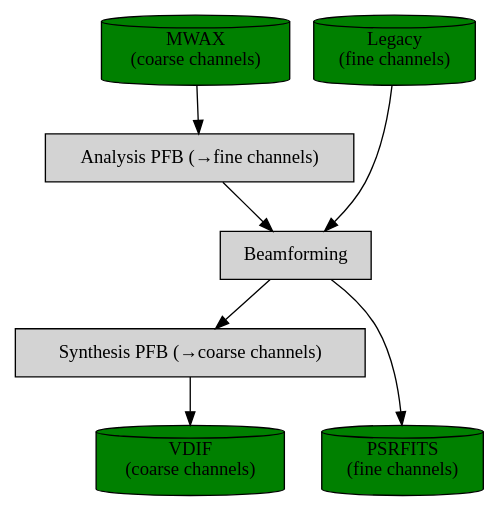
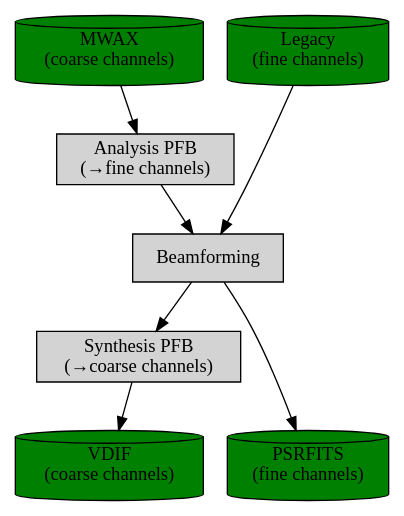
The diagram in doc/images/channelisation.dot (CIRA-Pulsars-and-Transients-Group/vcsbeam), drawn with Graphviz before and after one commit. The commit also changed 6 other files, not shown here.

```diff
--- a/doc/images/channelisation.dot
+++ b/doc/images/channelisation.dot
@@ -1,21 +1,21 @@
 digraph overview {
     node [ shape=cylinder, style="filled" ];
 
     mwax [ label="MWAX\n(coarse channels)", fillcolor=green ];
     legacy [ label="Legacy\n(fine channels)", fillcolor=green ];
-    forwardpfb [ label="Analysis PFB (&rarr;fine channels)", shape=record ];
-    inversepfb [ label="Synthesis PFB (&rarr;coarse channels)", shape=record ];
+    forwardpfb [ label="Analysis PFB\n(&rarr;fine channels)", shape=record ];
+    inversepfb [ label="Synthesis PFB\n(&rarr;coarse channels)", shape=record ];
     psrfits [ label="PSRFITS\n(fine channels)", fillcolor=green ];
     vdif [ label="VDIF\n(coarse channels)", fillcolor=green ];
     beamforming [ label="Beamforming", shape=record ];
 
     mwax -> forwardpfb;
     forwardpfb -> beamforming;
     legacy -> beamforming;
     beamforming -> psrfits;
     beamforming -> inversepfb;
     inversepfb -> vdif;
 
     { rank=same; mwax; legacy; }
     { rank=same; vdif; psrfits; }
 }
```
